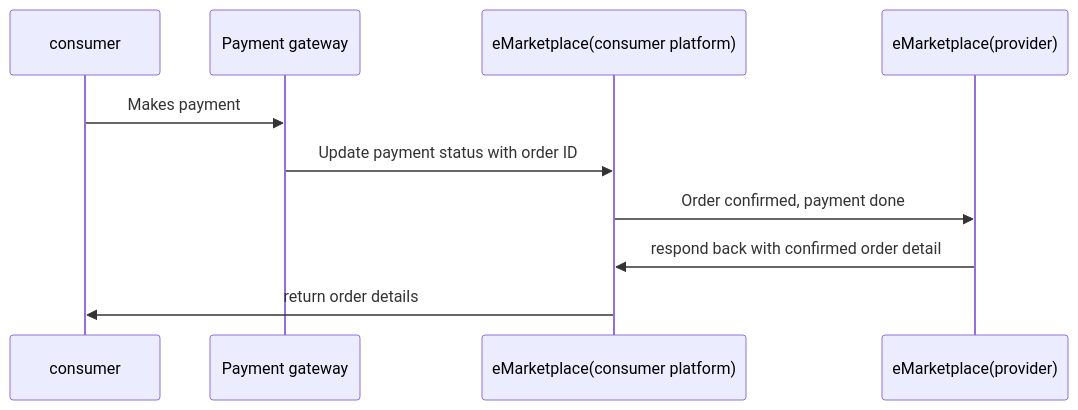
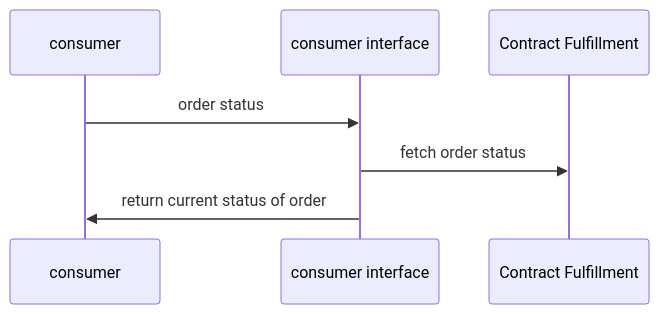
One commit to GovStackWorkingGroup/bb-emarketplace changed the fifth of 14 diagrams in spec/9-workflows.md. Above: the diagram before and after it, drawn with Mermaid. The commit also changed other lines of this file and 3 other files, not shown here.

````diff
--- a/spec/9-workflows.md
+++ b/spec/9-workflows.md
@@ -85,8 +118,6 @@
 ```mermaid
 sequenceDiagram
-consumer->>Payment gateway: Makes payment
-Payment gateway->>eMarketplace(consumer platform): Update payment status with order ID
-    eMarketplace(consumer platform)->>eMarketplace(provider): Order confirmed, payment done
-    eMarketplace(provider)->>eMarketplace(consumer platform): respond back with confirmed order detail
-    eMarketplace(consumer platform)->>consumer:    return order details
+consumer->>consumer interface: order status
+    consumer interface->>Contract Fulfillment:fetch order status
+    consumer interface->>consumer: return current status of order
 ```
````
